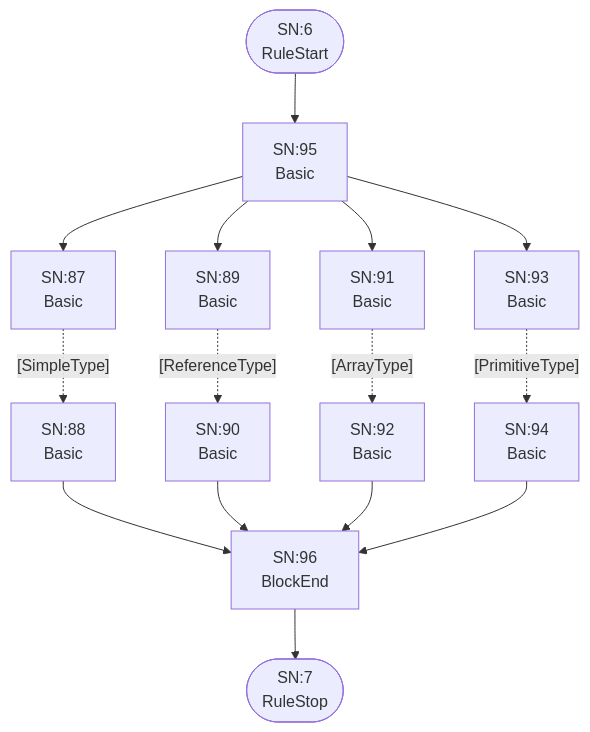
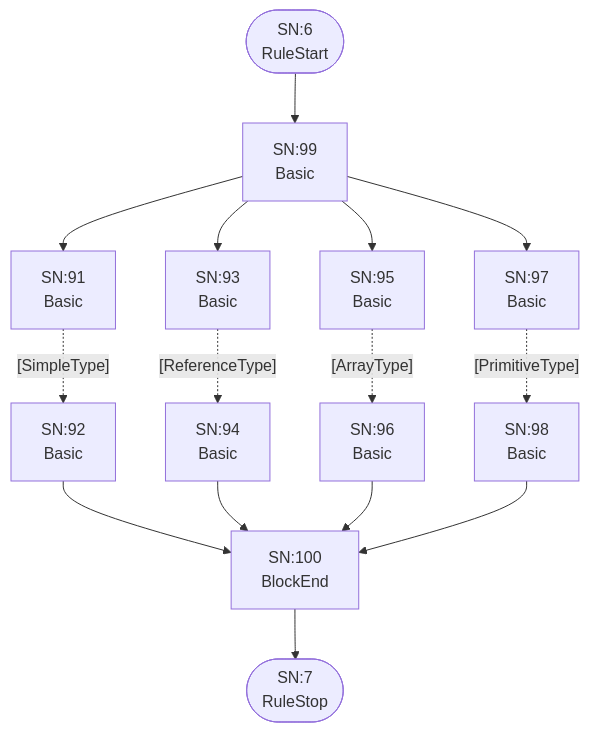
One commit to TypeFox/fastbelt changed the fourth of 26 diagrams in internal/grammar/atn.md. Above: the diagram before and after it, drawn with Mermaid. The commit also changed other lines of this file and 22 other files, not shown here.

````diff
--- a/internal/grammar/atn.md
+++ b/internal/grammar/atn.md
@@ -116,30 +121,30 @@
 ```mermaid
 flowchart TD
     q6(["SN:6<br/>RuleStart"])
     q7(["SN:7<br/>RuleStop"])
-    q87["SN:87<br/>Basic<br/>"]
-    q88["SN:88<br/>Basic<br/>"]
-    q89["SN:89<br/>Basic<br/>"]
-    q90["SN:90<br/>Basic<br/>"]
     q91["SN:91<br/>Basic<br/>"]
     q92["SN:92<br/>Basic<br/>"]
     q93["SN:93<br/>Basic<br/>"]
     q94["SN:94<br/>Basic<br/>"]
     q95["SN:95<br/>Basic<br/>"]
-    q96["SN:96<br/>BlockEnd<br/>"]
+    q96["SN:96<br/>Basic<br/>"]
+    q97["SN:97<br/>Basic<br/>"]
+    q98["SN:98<br/>Basic<br/>"]
+    q99["SN:99<br/>Basic<br/>"]
+    q100["SN:100<br/>BlockEnd<br/>"]
 
-    q6 --> q95
-    q87 -.->|"[SimpleType]"| q88
-    q88 --> q96
-    q89 -.->|"[ReferenceType]"| q90
-    q90 --> q96
-    q91 -.->|"[ArrayType]"| q92
-    q92 --> q96
-    q93 -.->|"[PrimitiveType]"| q94
-    q94 --> q96
-    q95 --> q87
-    q95 --> q89
-    q95 --> q91
-    q95 --> q93
-    q96 --> q7
+    q6 --> q99
+    q91 -.->|"[SimpleType]"| q92
+    q92 --> q100
+    q93 -.->|"[ReferenceType]"| q94
+    q94 --> q100
+    q95 -.->|"[ArrayType]"| q96
+    q96 --> q100
+    q97 -.->|"[PrimitiveType]"| q98
+    q98 --> q100
+    q99 --> q91
+    q99 --> q93
+    q99 --> q95
+    q99 --> q97
+    q100 --> q7
 ```
````
